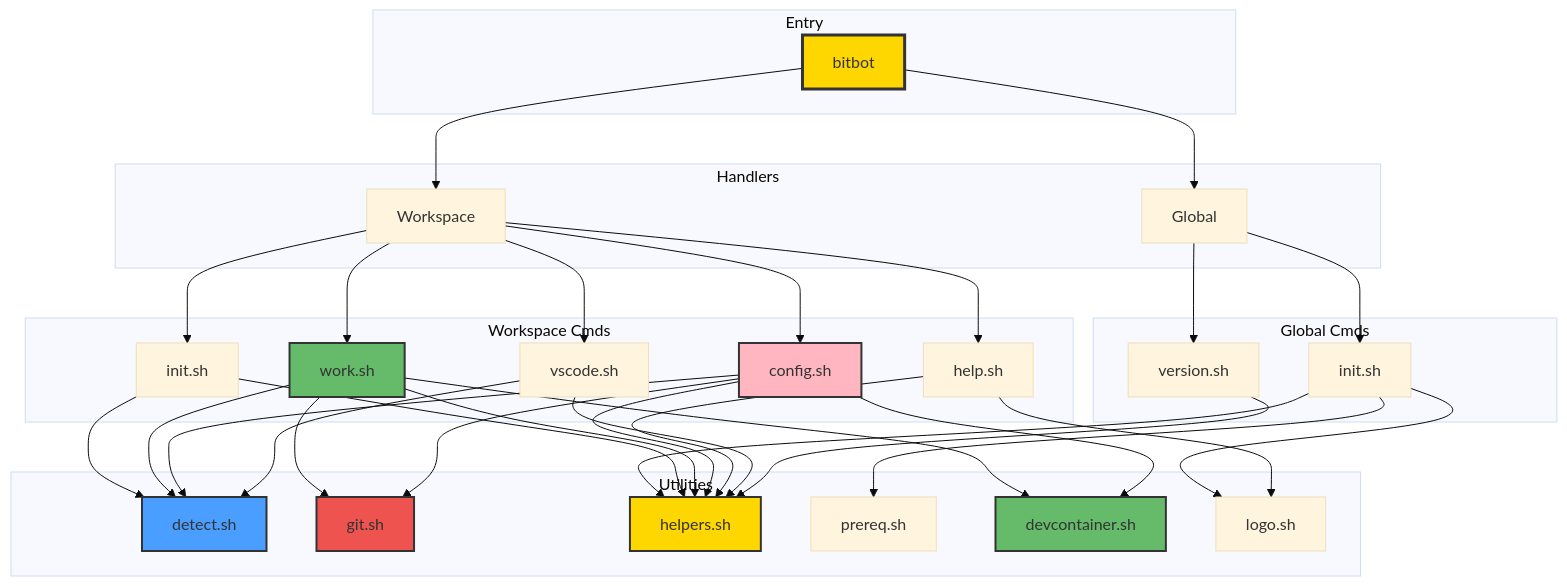
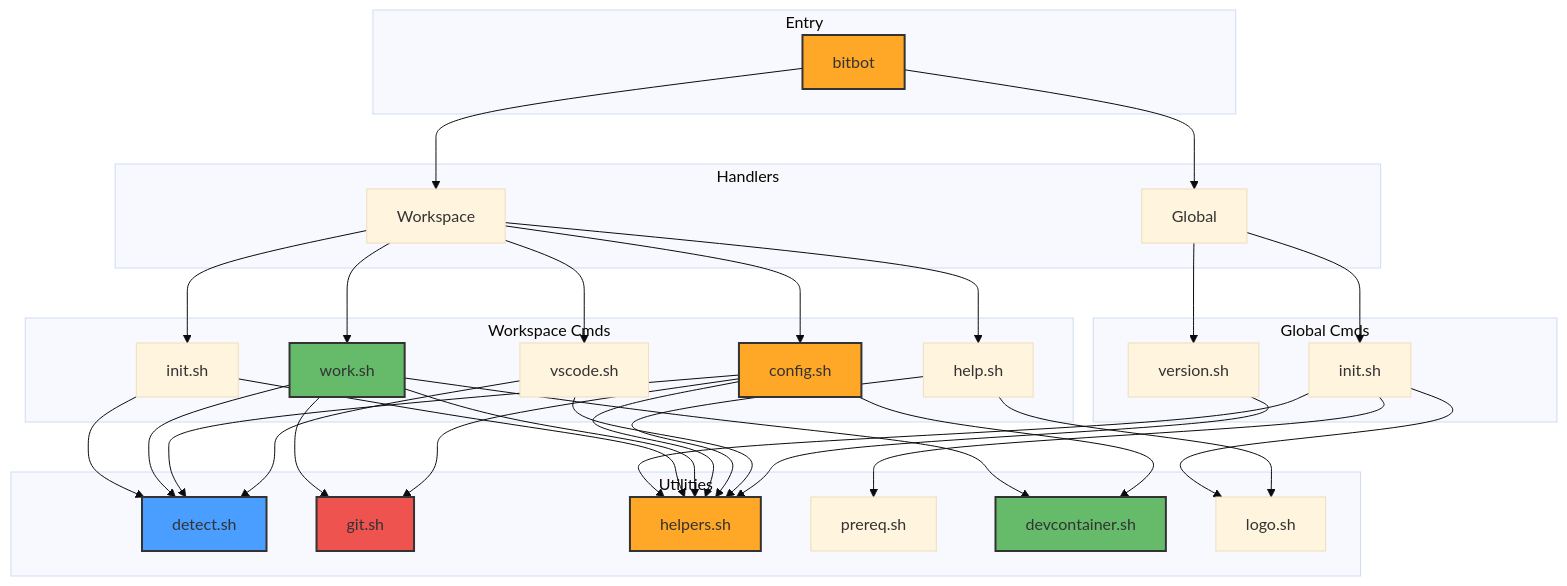
One commit to ManuelKugelmann/BitBot changed the first of 6 diagrams in sparc/3-architecture/diagrams/06-component-interaction.md. Above: the diagram before and after it, drawn with Mermaid (base theme). The commit also changed other lines of this file, not shown here.

Commit message:
Apply FLOW_INNER_BITBOT color scheme to diagram 06
Updated 06-component-interaction.md:
- Gold (#ffd700) → Orange (#ffa726) for BITBOT/HELPERS nodes
- Pink (#ffb6c1) → Orange (#ffa726) for WCONFIG/CONFIG nodes

Simplified to 4-color scheme: blue, orange, green, red.
Completes architecture diagram color scheme update.

````diff
--- a/sparc/3-architecture/diagrams/06-component-interaction.md
+++ b/sparc/3-architecture/diagrams/06-component-interaction.md
@@ -5,78 +5,78 @@
 ```mermaid
 graph TB
     subgraph ENTRY["Entry"]
         BITBOT[bitbot]
     end
 
     subgraph HAND["Handlers"]
         GLOBAL[Global]
         WORKSPACE[Workspace]
     end
 
     subgraph GCMD["Global Cmds"]
         GINIT[init.sh]
         VERSION[version.sh]
     end
 
     subgraph WCMD["Workspace Cmds"]
         WINIT[init.sh]
         WWORK[work.sh]
         WCONFIG[config.sh]
         WHELP[help.sh]
         WVSCODE[vscode.sh]
     end
 
     subgraph UTIL["Utilities"]
         DETECT[detect.sh]
         GIT[git.sh]
         HELPERS[helpers.sh]
         PREREQ[prereq.sh]
         DEVCON[devcontainer.sh]
         LOGO[logo.sh]
     end
 
     BITBOT --> GLOBAL
     BITBOT --> WORKSPACE
 
     GLOBAL --> GINIT
     GLOBAL --> VERSION
 
     WORKSPACE --> WINIT
     WORKSPACE --> WWORK
     WORKSPACE --> WCONFIG
     WORKSPACE --> WHELP
     WORKSPACE --> WVSCODE
 
     GINIT --> PREREQ
     GINIT --> HELPERS
     GINIT --> LOGO
 
     WINIT --> DETECT
     WINIT --> HELPERS
 
     WWORK --> DETECT
     WWORK --> GIT
     WWORK --> DEVCON
     WWORK --> HELPERS
 
     WCONFIG --> DETECT
     WCONFIG --> GIT
     WCONFIG --> DEVCON
     WCONFIG --> HELPERS
 
     WHELP --> LOGO
     WHELP --> HELPERS
 
     WVSCODE --> DETECT
     WVSCODE --> HELPERS
 
     VERSION --> HELPERS
 
-    style BITBOT fill:#ffd700,stroke:#333,stroke-width:3px,color:#333
+    style BITBOT fill:#ffa726,stroke:#333,stroke-width:2px,color:#333
     style WWORK fill:#66bb6a,stroke:#333,stroke-width:2px,color:#333
-    style WCONFIG fill:#ffb6c1,stroke:#333,stroke-width:2px,color:#333
+    style WCONFIG fill:#ffa726,stroke:#333,stroke-width:2px,color:#333
     style DETECT fill:#4a9eff,stroke:#333,stroke-width:2px
     style GIT fill:#ef5350,stroke:#333,stroke-width:2px,color:#333
     style DEVCON fill:#66bb6a,stroke:#333,stroke-width:2px,color:#333
-    style HELPERS fill:#ffd700,stroke:#333,stroke-width:2px,color:#333
+    style HELPERS fill:#ffa726,stroke:#333,stroke-width:2px,color:#333
 ```
````
